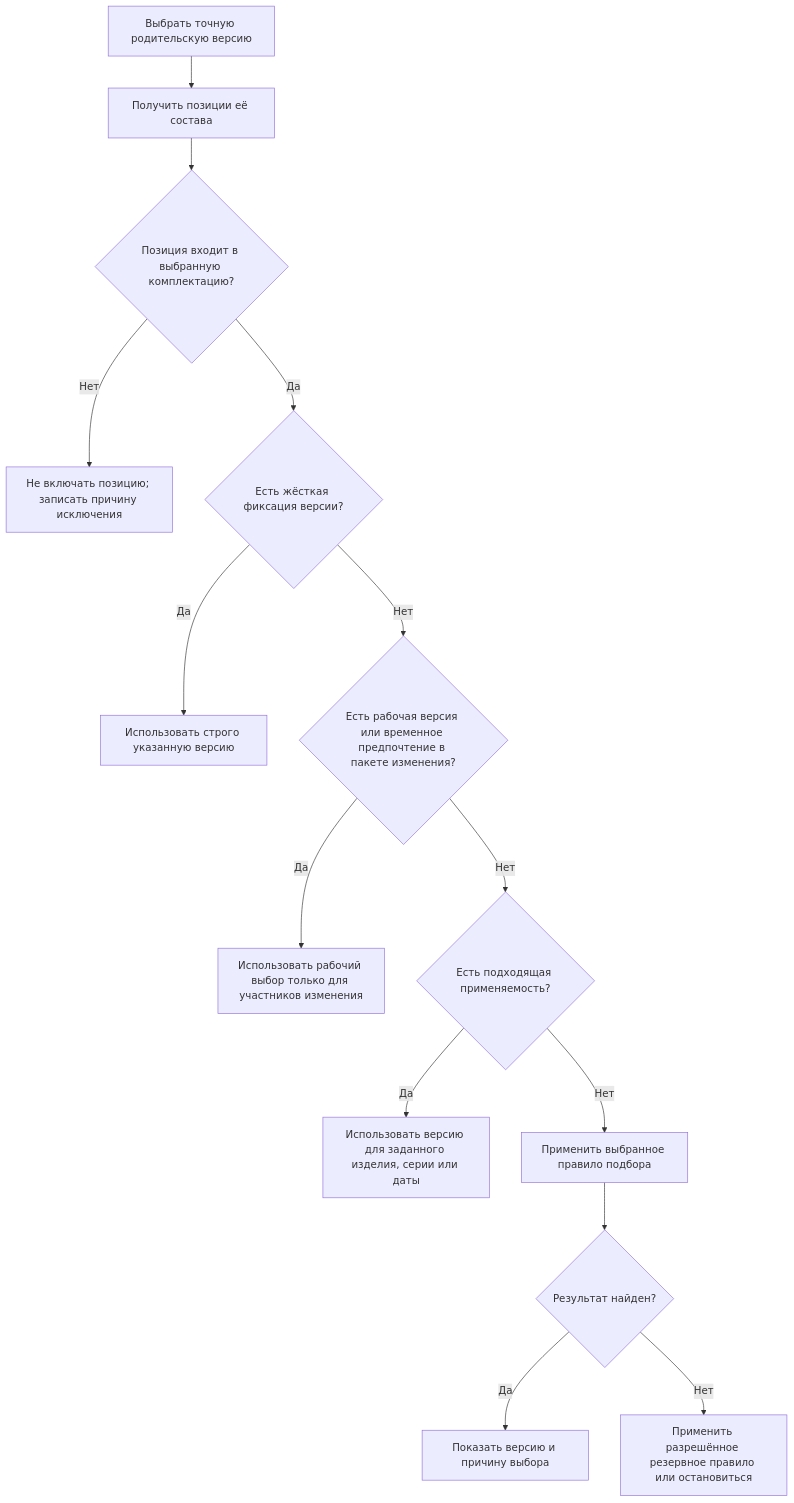
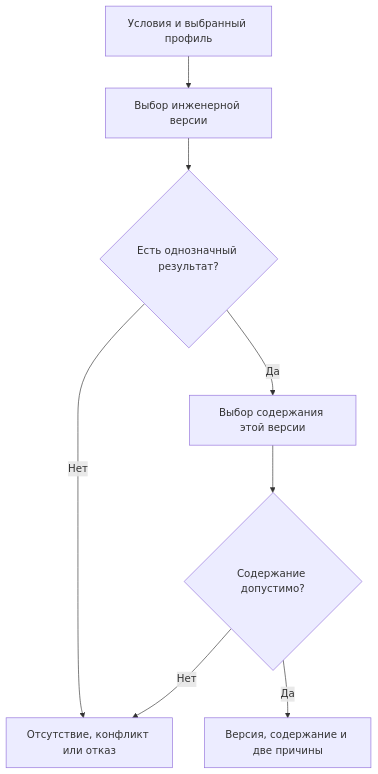
Before and after one commit to ZelAnton/Interlink-product-book: the second of 2 diagrams in docs/version-selection/01-overview.md, drawn with Mermaid. The commit also changed other lines of this file and 231 other files, not shown here.

````diff
--- a/docs/version-selection/01-overview.md
+++ b/docs/version-selection/01-overview.md
@@ -74,16 +72,10 @@
 ```mermaid
 flowchart TD
-    A["Выбрать точную родительскую версию"] --> B["Получить позиции её состава"]
-    B --> C{"Позиция входит в выбранную комплектацию?"}
-    C -->|Нет| D["Не включать позицию; записать причину исключения"]
-    C -->|Да| E{"Есть жёсткая фиксация версии?"}
-    E -->|Да| F["Использовать строго указанную версию"]
-    E -->|Нет| G{"Есть рабочая версия или временное предпочтение в пакете изменения?"}
-    G -->|Да| H["Использовать рабочий выбор только для участников изменения"]
-    G -->|Нет| I{"Есть подходящая применяемость?"}
-    I -->|Да| J["Использовать версию для заданного изделия, серии или даты"]
-    I -->|Нет| K["Применить выбранное правило подбора"]
-    K --> L{"Результат найден?"}
-    L -->|Да| M["Показать версию и причину выбора"]
-    L -->|Нет| N["Применить разрешённое резервное правило или остановиться"]
+    A["Условия и выбранный профиль"] --> B["Выбор инженерной версии"]
+    B --> C{"Есть однозначный результат?"}
+    C -->|"Нет"| D["Отсутствие, конфликт или отказ"]
+    C -->|"Да"| E["Выбор содержания этой версии"]
+    E --> F{"Содержание допустимо?"}
+    F -->|"Нет"| D
+    F -->|"Да"| G["Версия, содержание и две причины"]
 ```
````
